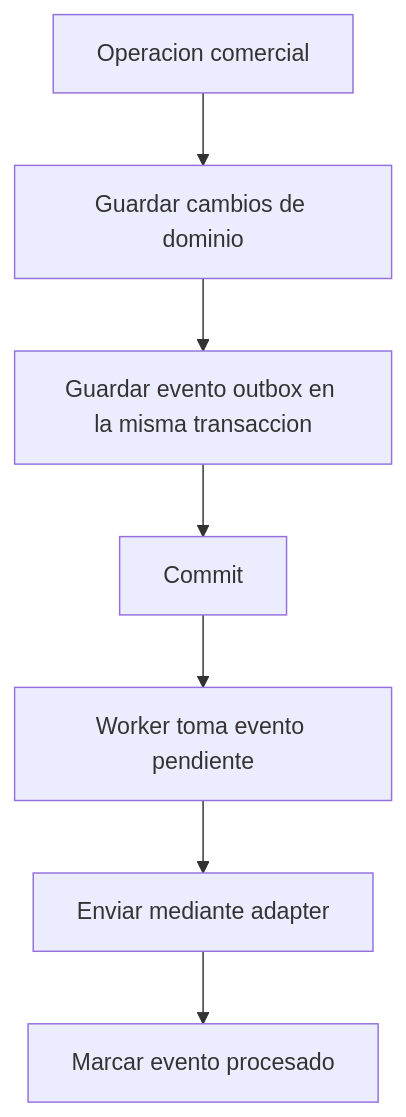
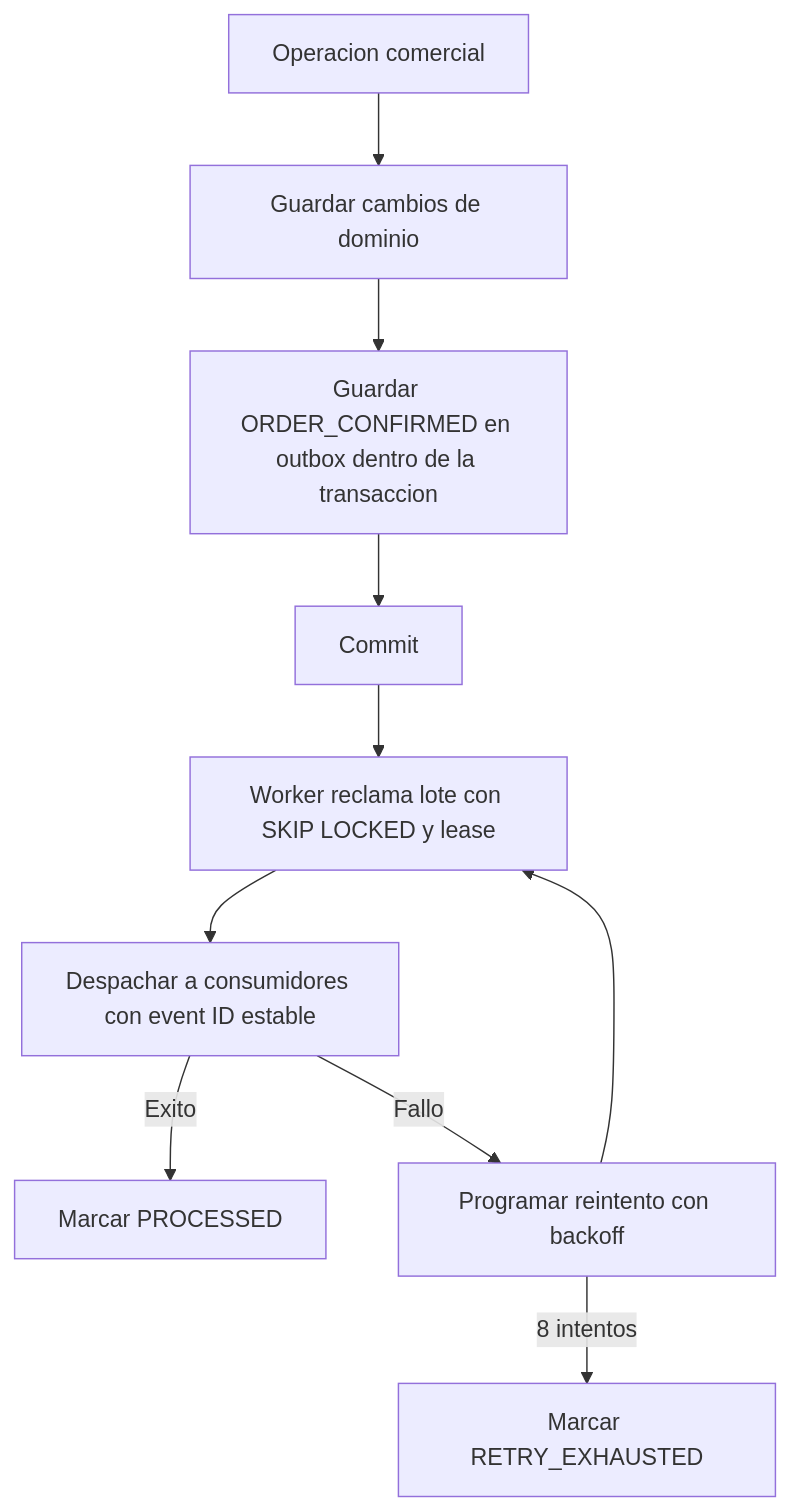
The diagram in docs/diagrams/notification/flow-notification-outbox.md (Martinrc93/distribuidoraCore), drawn with Mermaid before and after one commit. The commit also changed other lines of this file and 111 other files, not shown here.

````diff
--- a/docs/diagrams/notification/flow-notification-outbox.md
+++ b/docs/diagrams/notification/flow-notification-outbox.md
@@ -3,9 +3,12 @@
 ```mermaid
 flowchart TD
     A[Operacion comercial] --> B[Guardar cambios de dominio]
-    B --> C[Guardar evento outbox en la misma transaccion]
+    B --> C[Guardar ORDER_CONFIRMED en outbox dentro de la transaccion]
     C --> D[Commit]
-    D --> E[Worker toma evento pendiente]
-    E --> F[Enviar mediante adapter]
-    F --> G[Marcar evento procesado]
+    D --> E[Worker reclama lote con SKIP LOCKED y lease]
+    E --> F[Despachar a consumidores con event ID estable]
+    F -->|Exito| G[Marcar PROCESSED]
+    F -->|Fallo| H[Programar reintento con backoff]
+    H --> E
+    H -->|8 intentos| I[Marcar RETRY_EXHAUSTED]
 ```
````
